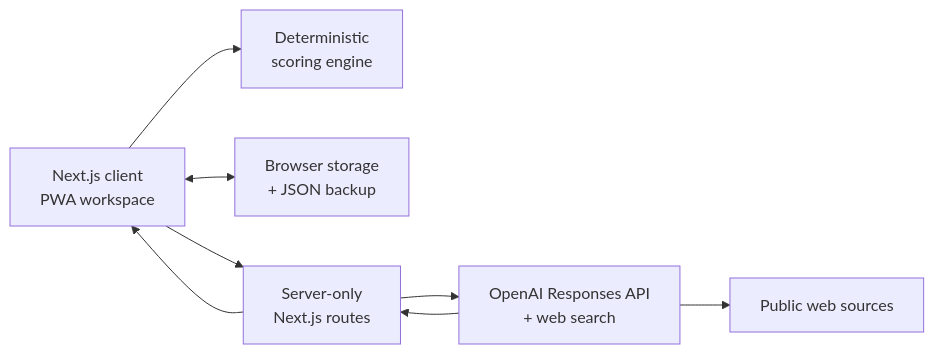
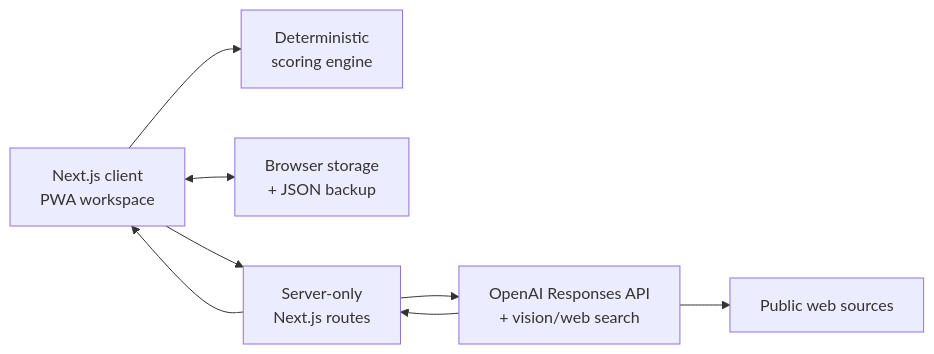
One commit to RishabhKumar124/houserank changed the diagram in README.md. Above: the diagram before and after it, drawn with Mermaid. The commit also changed other lines of this file and 24 other files, not shown here.

````diff
--- a/README.md
+++ b/README.md
@@ -75,17 +76,17 @@
 ```mermaid
 flowchart LR
     UI["Next.js client\nPWA workspace"]
     Score["Deterministic\nscoring engine"]
     Store["Browser storage\n+ JSON backup"]
     API["Server-only\nNext.js routes"]
-    OpenAI["OpenAI Responses API\n+ web search"]
+    OpenAI["OpenAI Responses API\n+ vision/web search"]
     Sources["Public web sources"]
 
     UI --> Score
     UI <--> Store
     UI --> API
     API --> OpenAI
     OpenAI --> Sources
     OpenAI --> API
     API --> UI
 ```
````
